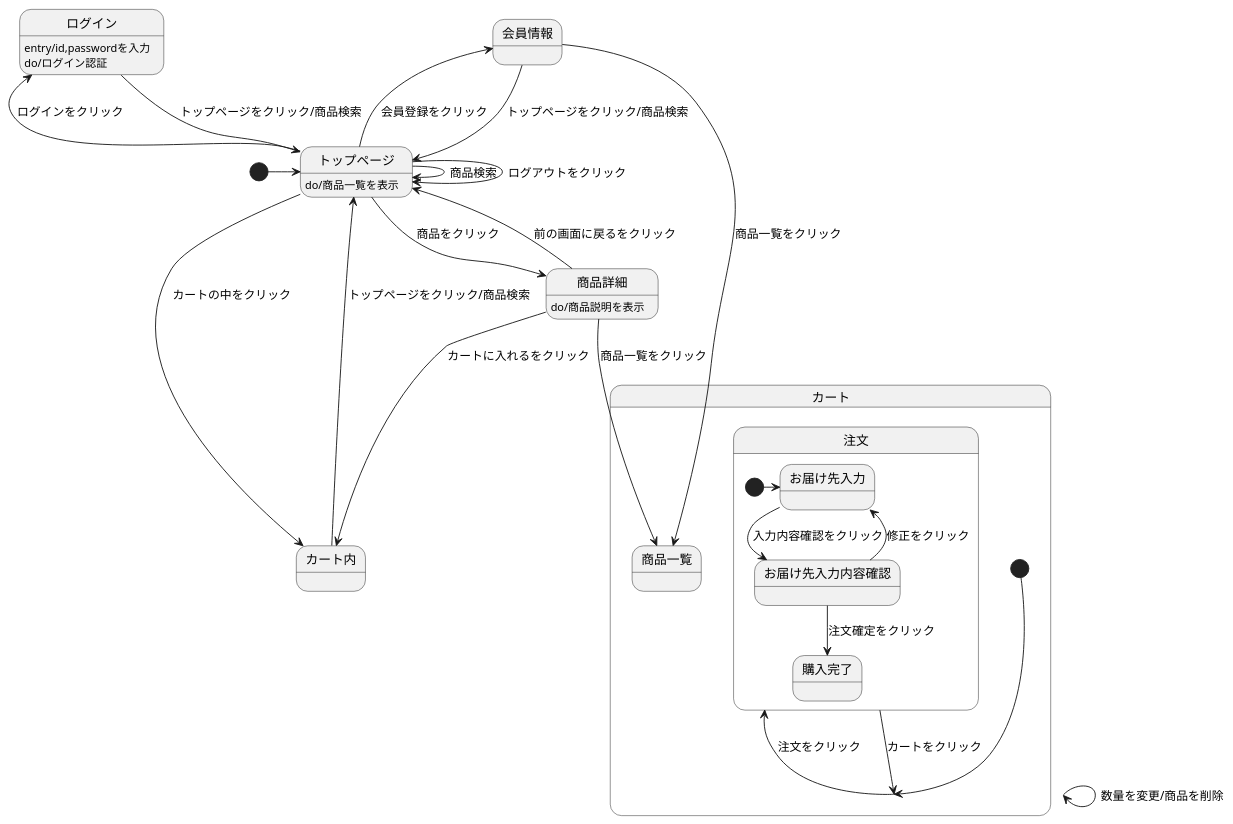
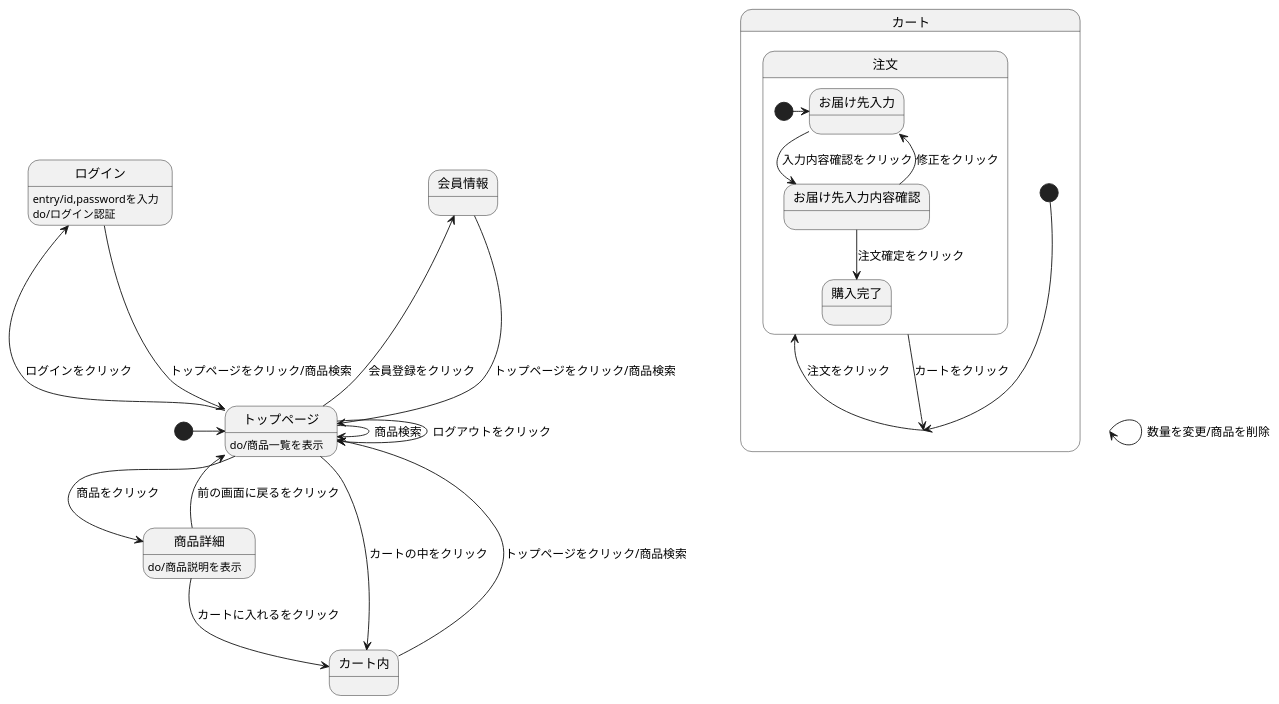
The diagram in stmmyshop.md (Aso2001369/2021sys-design), drawn with PlantUML before and after one commit.

````diff
--- a/stmmyshop.md
+++ b/stmmyshop.md
@@ -1,38 +1,34 @@
 ```uml
 @startuml
 
 [*] -> トップページ
 会員情報 --> トップページ : トップページをクリック/商品検索
 ログイン --> トップページ : トップページをクリック/商品検索
 ログイン : entry/id,passwordを入力
 ログイン : do/ログイン認証
 トップページ --> トップページ : ログアウトをクリック
 トップページ -> トップページ : 商品検索
 トップページ -> 商品詳細 : 商品をクリック
 トップページ -left-> 会員情報 : 会員登録をクリック
 トップページ -left-> ログイン : ログインをクリック
 トップページ --> カート内 : カートの中をクリック
 トップページ : do/商品一覧を表示
 商品詳細 --> カート内 : カートに入れるをクリック
 商品詳細 --> トップページ : 前の画面に戻るをクリック
 商品詳細 : do/商品説明を表示
 カート内 --> トップページ : トップページをクリック/商品検索
 
 
 state カート {
-[*] --> カート
-カート -> 注文 : 注文をクリック
-カート -> カート : 数量を変更/商品を削除
-注文 --> カート : カートをクリック
-state 注文 {
-[*] -> お届け先入力
-お届け先入力 --> お届け先入力内容確認 : 入力内容確認をクリック
-お届け先入力内容確認 --> お届け先入力 : 修正をクリック
-お届け先入力内容確認 --> 購入完了 : 注文確定をクリック
+  [*] --> カート
+  カート -> 注文 : 注文をクリック
+  カート -> カート : 数量を変更/商品を削除
+  注文 --> カート : カートをクリック
+  state 注文 {
+    [*] -> お届け先入力
+    お届け先入力 --> お届け先入力内容確認 : 入力内容確認をクリック
+    お届け先入力内容確認 --> お届け先入力 : 修正をクリック
+    お届け先入力内容確認 --> 購入完了 : 注文確定をクリック
 }
-商品詳細 --> 商品一覧 : 商品一覧をクリック
-会員情報 --> 商品一覧 : 商品一覧をクリック
-
-
 @enduml
 ```
````
